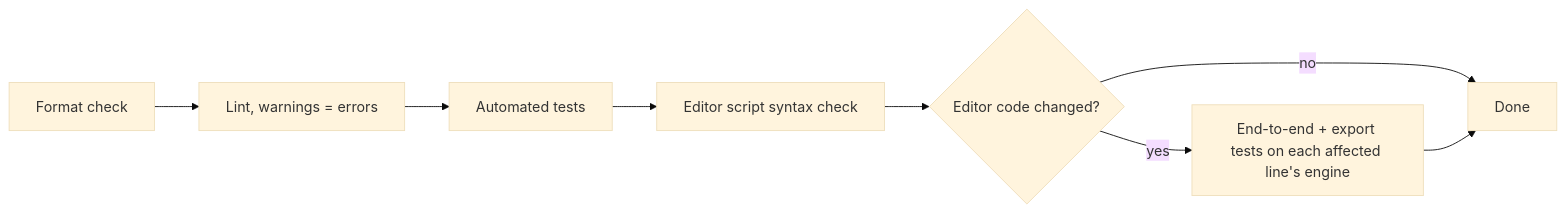
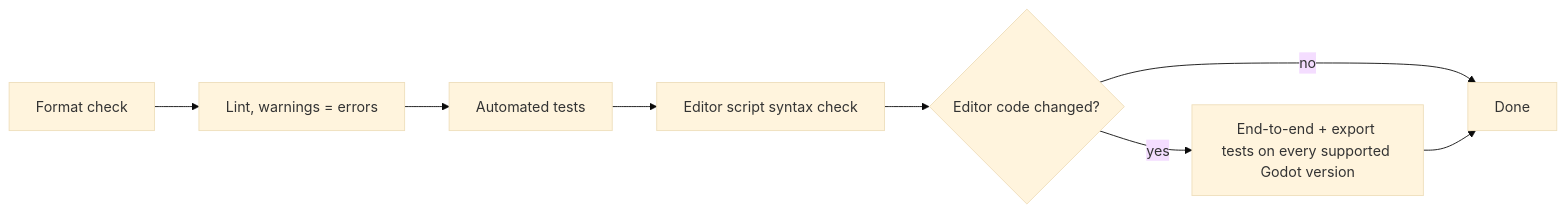
Before and after one commit to theromis/godot-mcp: the diagram in .design/main/specifications/l1-quality-assurance.md, drawn with Mermaid (base theme). The commit also changed other lines of this file and 47 other files, not shown here.

First line of the commit message:
build: one build for every Godot version, made from master (#176)

````diff
--- a/.design/main/specifications/l1-quality-assurance.md
+++ b/.design/main/specifications/l1-quality-assurance.md
@@ -57,10 +57,10 @@
 ```mermaid
 graph LR
     F[Format check] --> L[Lint, warnings = errors]
     L --> T[Automated tests]
     T --> S[Editor script syntax check]
     S --> E{Editor code changed?}
-    E -->|yes| X[End-to-end + export tests on each affected line's engine]
+    E -->|yes| X[End-to-end + export tests on every supported Godot version]
     E -->|no| D[Done]
     X --> D
 ```
````
